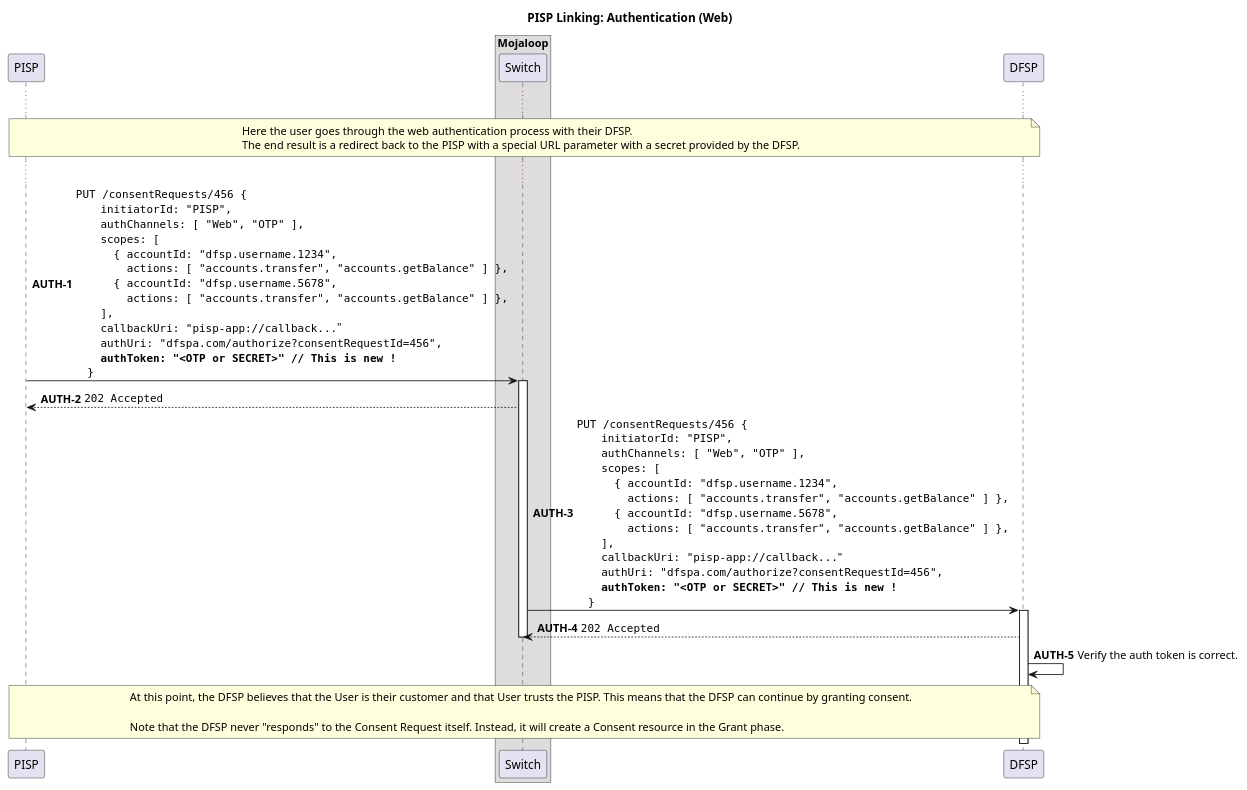
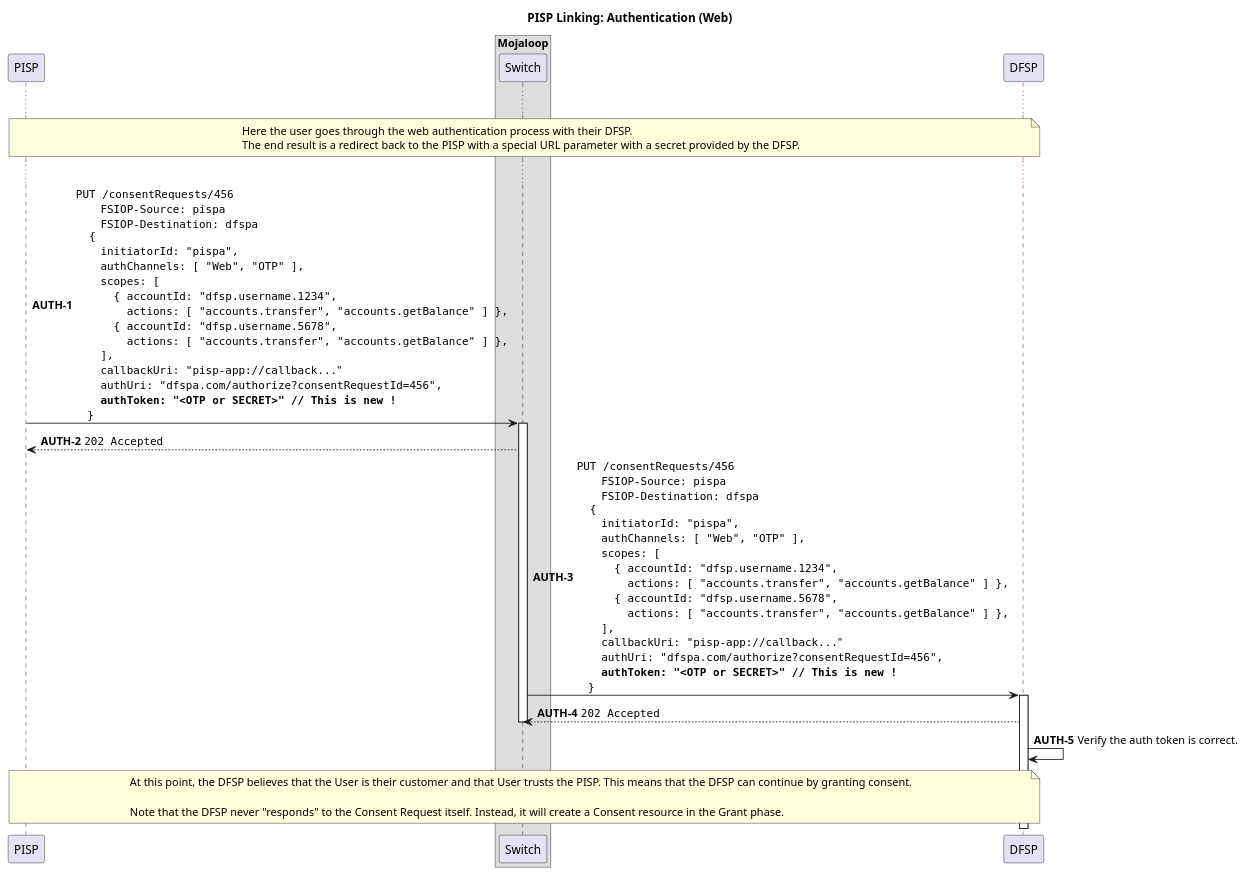
Before and after one commit to mojaloop/pisp-project: the diagram in docs/linking/3-authentication-web.puml, drawn with PlantUML. The commit also changed 9 other files, not shown here.

Commit message:
feat: update sequence diagrams to show correct headers

```diff
--- a/docs/linking/3-authentication-web.puml
+++ b/docs/linking/3-authentication-web.puml
@@ -1,66 +1,72 @@
 @startuml
 
 title PISP Linking: Authentication (Web)
 
 participant "PISP" as PISP
 
 box "Mojaloop"
     participant Switch
 end box
 
 participant "DFSP" as DFSP
 
 autonumber 1 "<b>WEB-AUTH-#</b>"
 
 ...
 
 note over PISP, DFSP
   Here the user goes through the web authentication process with their DFSP.
   The end result is a redirect back to the PISP with a special URL parameter with a secret provided by the DFSP.
 end note
 
 ...
 
 autonumber 1 "<b>AUTH-#</b>"
 
-PISP -> Switch ++: ""PUT /consentRequests/456 {""\n\
-    ""  initiatorId: "PISP",""\n\
+PISP -> Switch ++: ""PUT /consentRequests/456""\n\
+    ""  FSIOP-Source: pispa""\n\
+    ""  FSIOP-Destination: dfspa""\n\
+""  {""\n\
+    ""  initiatorId: "pispa",""\n\
     ""  authChannels: [ "Web", "OTP" ],""\n\
     ""  scopes: [ ""\n\
     ""    { accountId: "dfsp.username.1234",""\n\
     ""      actions: [ "accounts.transfer", "accounts.getBalance" ] },""\n\
     ""    { accountId: "dfsp.username.5678",""\n\
     ""      actions: [ "accounts.transfer", "accounts.getBalance" ] },""\n\
     ""  ],""\n\
     ""  callbackUri: "pisp-app://callback..."""\n\
     ""  authUri: "dfspa.com/authorize?consentRequestId=456",""\n\
     ""  **authToken: "<OTP or SECRET>" // This is new !**""\n\
     ""}""
 Switch --> PISP: ""202 Accepted""
 deactivate PISP
 
-Switch -> DFSP ++: ""PUT /consentRequests/456 {""\n\
-    ""  initiatorId: "PISP",""\n\
+Switch -> DFSP ++: ""PUT /consentRequests/456""\n\
+    ""  FSIOP-Source: pispa""\n\
+    ""  FSIOP-Destination: dfspa""\n\
+""  {""\n\
+    ""  initiatorId: "pispa",""\n\
     ""  authChannels: [ "Web", "OTP" ],""\n\
     ""  scopes: [ ""\n\
     ""    { accountId: "dfsp.username.1234",""\n\
     ""      actions: [ "accounts.transfer", "accounts.getBalance" ] },""\n\
     ""    { accountId: "dfsp.username.5678",""\n\
     ""      actions: [ "accounts.transfer", "accounts.getBalance" ] },""\n\
     ""  ],""\n\
     ""  callbackUri: "pisp-app://callback..."""\n\
     ""  authUri: "dfspa.com/authorize?consentRequestId=456",""\n\
     ""  **authToken: "<OTP or SECRET>" // This is new !**""\n\
     ""}""
 DFSP --> Switch: ""202 Accepted""
 deactivate Switch
 
 DFSP -> DFSP: Verify the auth token is correct.
 
 note over PISP, DFSP
   At this point, the DFSP believes that the User is their customer and that User trusts the PISP. This means that the DFSP can continue by granting consent.
 
   Note that the DFSP never "responds" to the Consent Request itself. Instead, it will create a Consent resource in the Grant phase.
 end note
 
 @enduml
```
